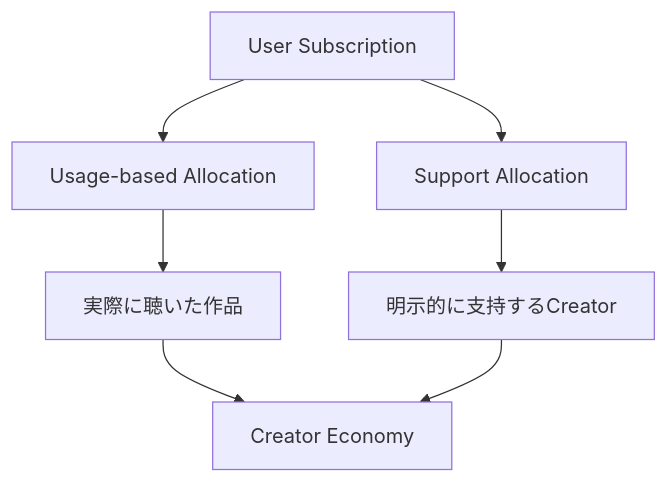
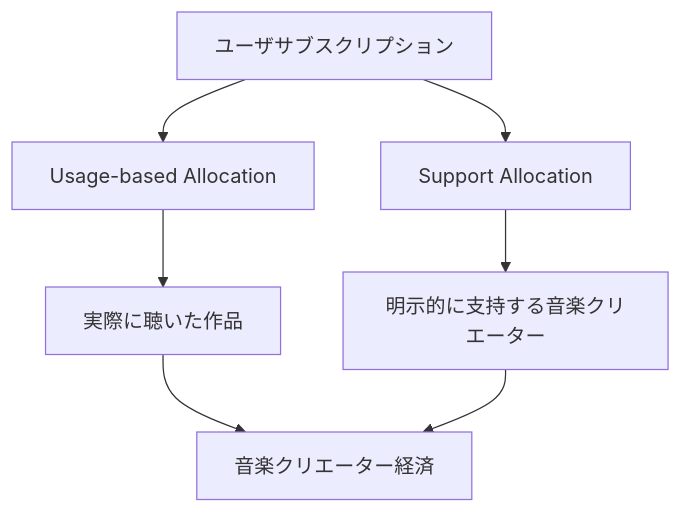
Diagram 11 of 17 in docs/whitepaper/03-rights-and-money.md (ShigeichiroYamasaki/creator-first-platform), drawn with Mermaid before and after one commit. The commit also changed other lines of this file and 67 other files, not shown here.

````diff
--- a/docs/whitepaper/03-rights-and-money.md
+++ b/docs/whitepaper/03-rights-and-money.md
@@ -277,10 +277,10 @@
 ```mermaid
 flowchart TD
-    SUB[User Subscription]
+    SUB[ユーザサブスクリプション]
     SUB --> BASE[Usage-based Allocation]
     SUB --> SUPPORT[Support Allocation]
     BASE --> LISTENED[実際に聴いた作品]
-    SUPPORT --> FAVORITE[明示的に支持するCreator]
-    LISTENED --> ECON[Creator Economy]
+    SUPPORT --> FAVORITE[明示的に支持する音楽クリエーター]
+    LISTENED --> ECON[音楽クリエーター経済]
     FAVORITE --> ECON
 ```
````
